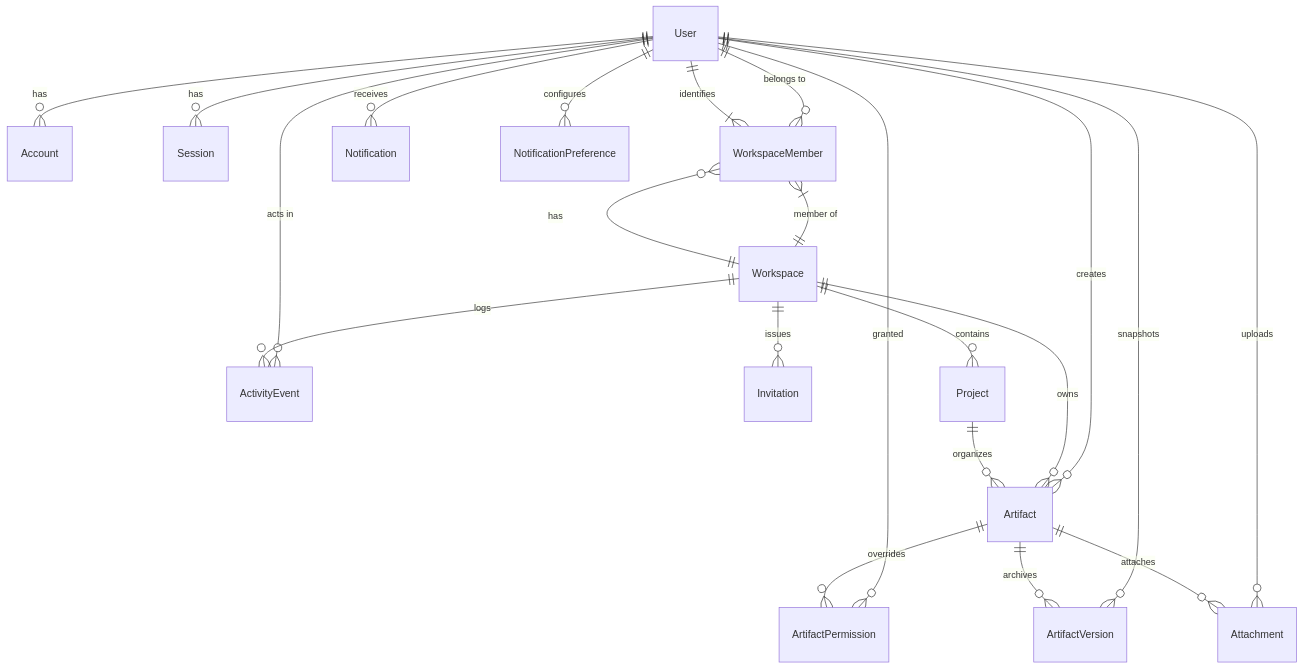
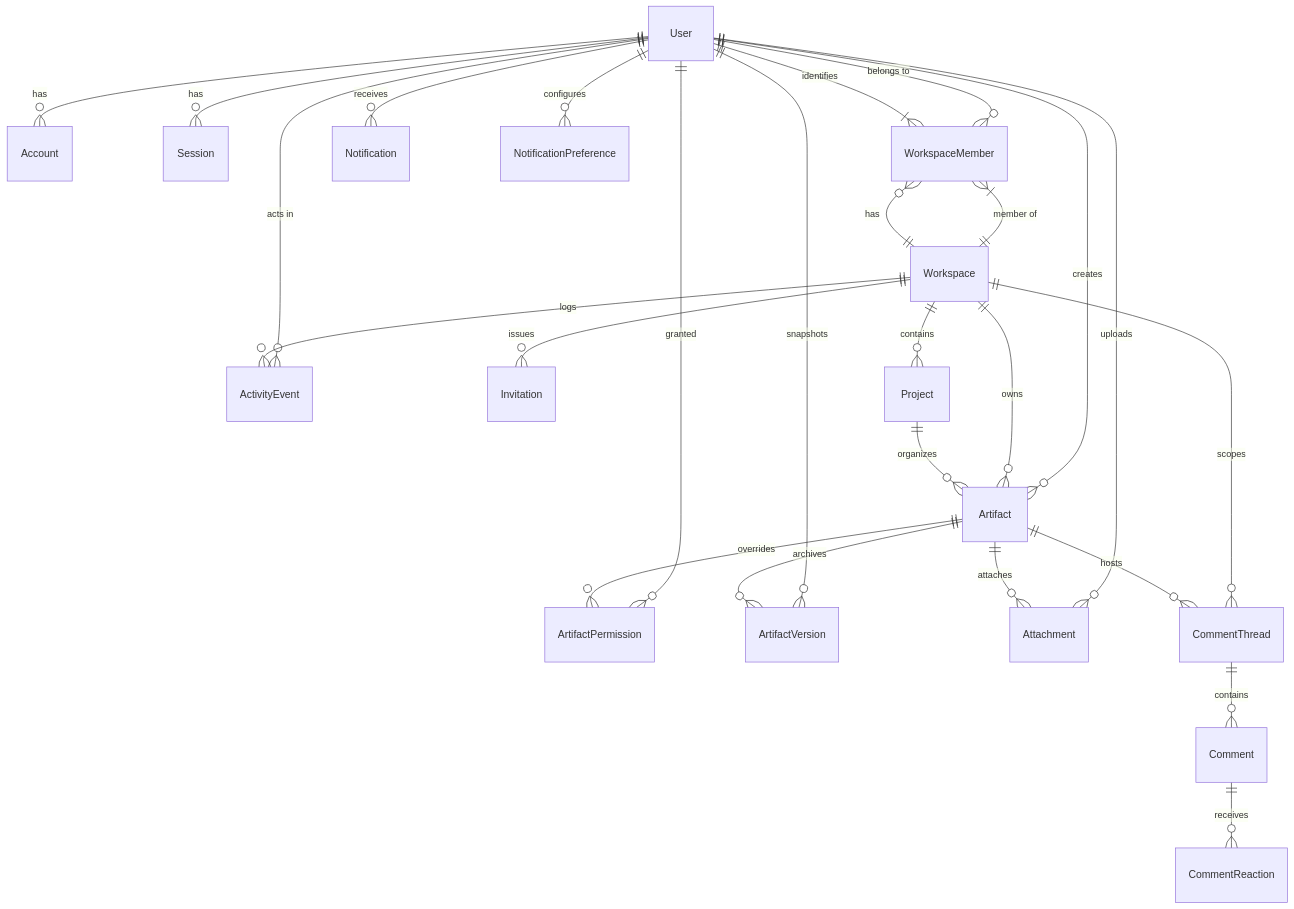
Before and after one commit to Sunil-nagrale/Syncspace: the diagram in docs/data-model.md, drawn with Mermaid. The commit also changed other lines of this file and 22 other files, not shown here.

````diff
--- a/docs/data-model.md
+++ b/docs/data-model.md
@@ -13,28 +13,33 @@
 ```mermaid
 erDiagram
     User ||--o{ Account : "has"
     User ||--o{ Session : "has"
     User ||--o{ WorkspaceMember : "belongs to"
     User ||--o{ Artifact : "creates"
     User ||--o{ ArtifactPermission : "granted"
     User ||--o{ ArtifactVersion : "snapshots"
     User ||--o{ Attachment : "uploads"
     User ||--o{ ActivityEvent : "acts in"
     User ||--o{ Notification : "receives"
     User ||--o{ NotificationPreference : "configures"
 
     Workspace ||--o{ WorkspaceMember : "has"
     Workspace ||--o{ Invitation : "issues"
     Workspace ||--o{ Project : "contains"
     Workspace ||--o{ Artifact : "owns"
+    Workspace ||--o{ CommentThread : "scopes"
     Workspace ||--o{ ActivityEvent : "logs"
 
     Project ||--o{ Artifact : "organizes"
 
     Artifact ||--o{ ArtifactPermission : "overrides"
     Artifact ||--o{ ArtifactVersion : "archives"
     Artifact ||--o{ Attachment : "attaches"
+    Artifact ||--o{ CommentThread : "hosts"
+
+    CommentThread ||--o{ Comment : "contains"
+    Comment ||--o{ CommentReaction : "receives"
 
     WorkspaceMember }|--|| Workspace : "member of"
     WorkspaceMember }|--|| User : "identifies"
 ```
````
